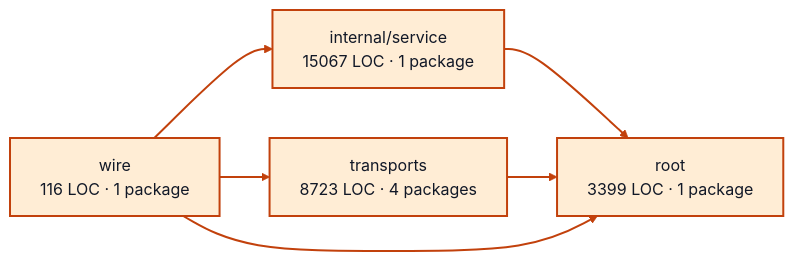
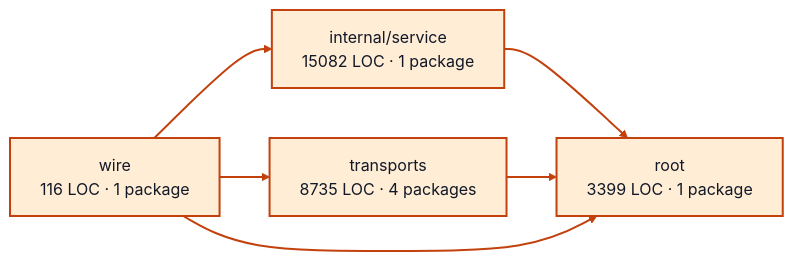
The diagram in docs/architecture/visualizations/services/worker_sessions.md (portpowered/you-agent-factory), drawn with Mermaid before and after one commit. The commit also changed other lines of this file and 20 other files, not shown here.

Commit message:
docs: refresh backend architecture visualizations

````diff
--- a/docs/architecture/visualizations/services/worker_sessions.md
+++ b/docs/architecture/visualizations/services/worker_sessions.md
@@ -11,17 +11,17 @@
 ```mermaid
 flowchart LR
-  p0["internal/service<br/>15067 LOC · 1 package"]
+  p0["internal/service<br/>15082 LOC · 1 package"]
   p1["root<br/>3399 LOC · 1 package"]
-  p2["transports<br/>8723 LOC · 4 packages"]
+  p2["transports<br/>8735 LOC · 4 packages"]
   p3["wire<br/>116 LOC · 1 package"]
   p0 --> p1
   p2 --> p1
   p3 --> p0
   p3 --> p1
   p3 --> p2
   style p0 fill:#ffedd5,stroke:#c2410c,stroke-width:2px,color:#111827
   style p1 fill:#ffedd5,stroke:#c2410c,stroke-width:2px,color:#111827
   style p2 fill:#ffedd5,stroke:#c2410c,stroke-width:2px,color:#111827
   style p3 fill:#ffedd5,stroke:#c2410c,stroke-width:2px,color:#111827
   linkStyle default stroke:#c2410c,stroke-width:2px
 ```
````
